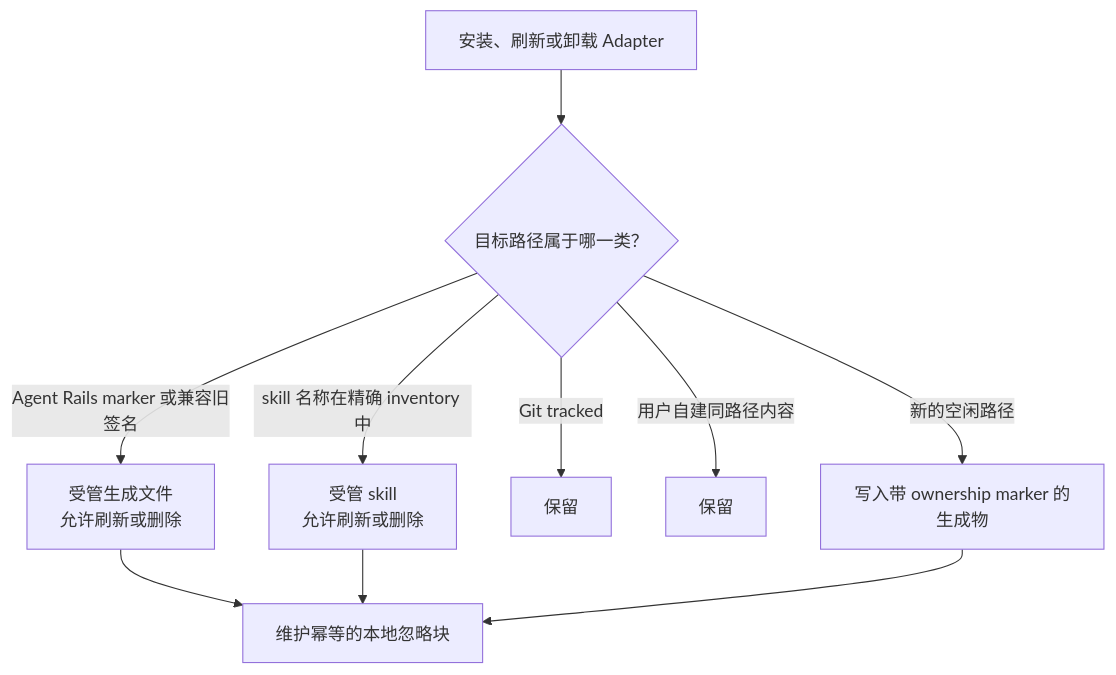
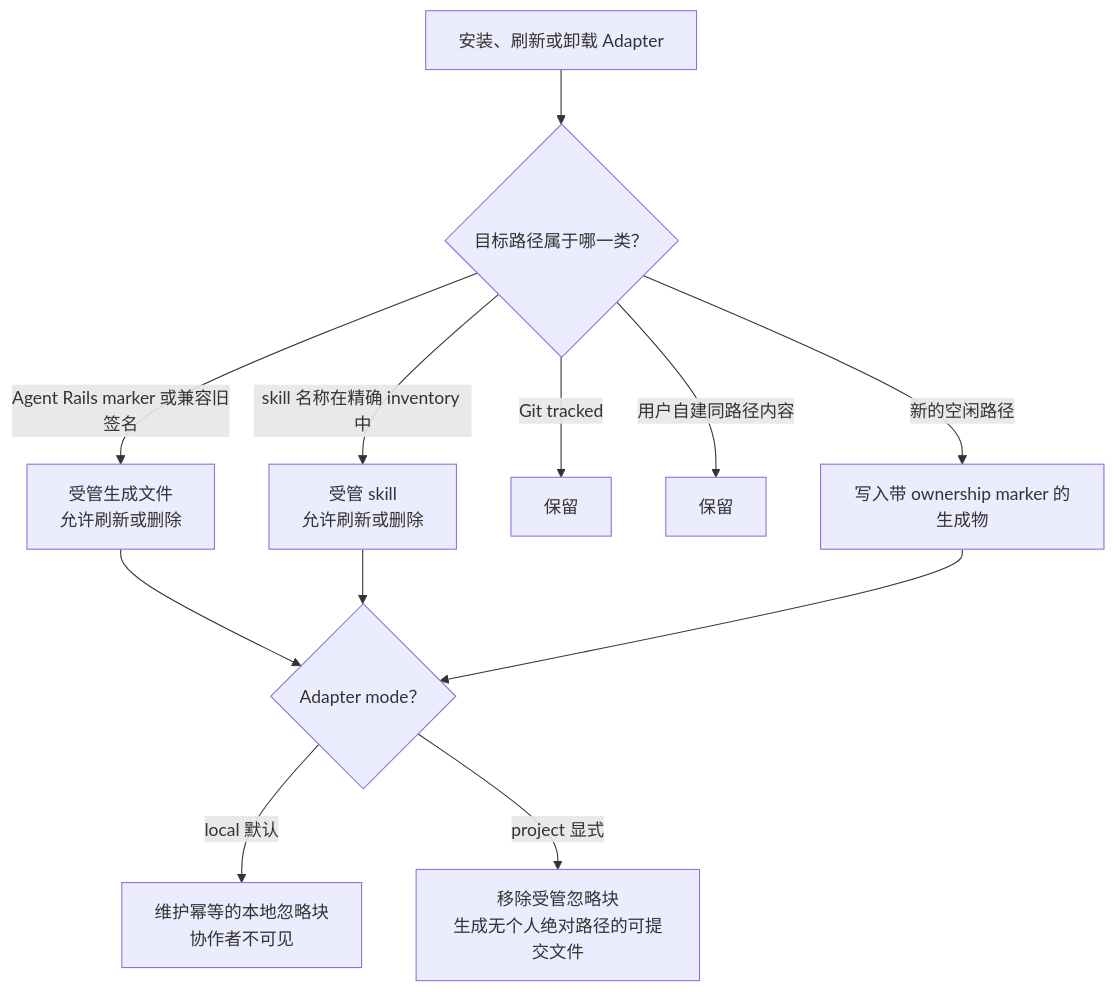
One commit to 948462448/agent-rails changed the fifth of 7 diagrams in docs/how-agent-rails-works.zh-CN.md. Above: the diagram before and after it, drawn with Mermaid. The commit also changed other lines of this file and 29 other files, not shown here.

````diff
--- a/docs/how-agent-rails-works.zh-CN.md
+++ b/docs/how-agent-rails-works.zh-CN.md
@@ -149,12 +149,14 @@
 ```mermaid
 flowchart TD
     ACTION["安装、刷新或卸载 Adapter"] --> CLASSIFY{"目标路径属于哪一类？"}
     CLASSIFY -->|Agent Rails marker 或兼容旧签名| MANAGED["受管生成文件<br/>允许刷新或删除"]
     CLASSIFY -->|skill 名称在精确 inventory 中| SKILL["受管 skill<br/>允许刷新或删除"]
     CLASSIFY -->|Git tracked| TRACKED["保留"]
     CLASSIFY -->|用户自建同路径内容| USER_FILE["保留"]
     CLASSIFY -->|新的空闲路径| NEW["写入带 ownership marker 的生成物"]
-    MANAGED --> LOCAL_IGNORE["维护幂等的本地忽略块"]
-    SKILL --> LOCAL_IGNORE
-    NEW --> LOCAL_IGNORE
+    MANAGED --> MODE{"Adapter mode？"}
+    SKILL --> MODE
+    NEW --> MODE
+    MODE -->|local 默认| LOCAL_IGNORE["维护幂等的本地忽略块<br/>协作者不可见"]
+    MODE -->|project 显式| PROJECT_FILES["移除受管忽略块<br/>生成无个人绝对路径的可提交文件"]
 ```
````
